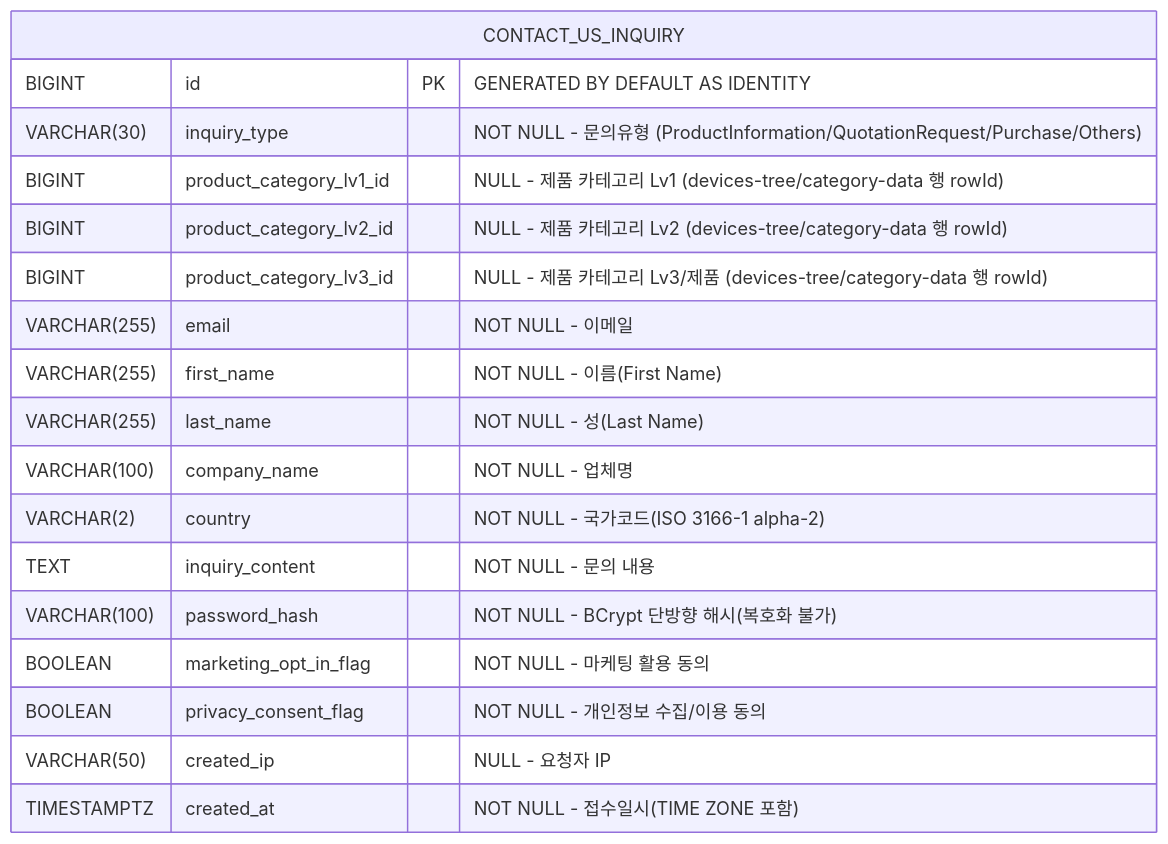
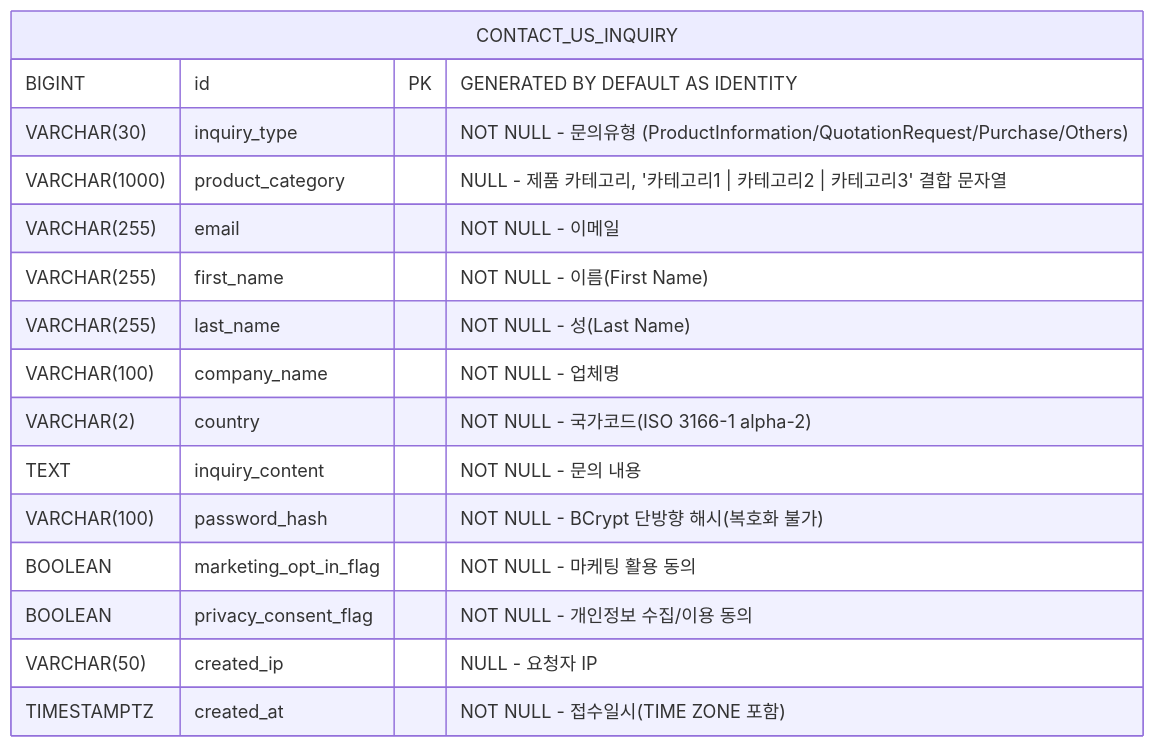
The diagram in docs/db/contact-us/db_contact-us.md (kfgabiz-lab/ge), drawn with Mermaid before and after one commit. The commit also changed other lines of this file and 3 other files, not shown here.

````diff
--- a/docs/db/contact-us/db_contact-us.md
+++ b/docs/db/contact-us/db_contact-us.md
@@ -11,21 +11,19 @@
 ```mermaid
 erDiagram
     CONTACT_US_INQUIRY {
         BIGINT id PK "GENERATED BY DEFAULT AS IDENTITY"
         VARCHAR(30) inquiry_type "NOT NULL - 문의유형 (ProductInformation/QuotationRequest/Purchase/Others)"
-        BIGINT product_category_lv1_id "NULL - 제품 카테고리 Lv1 (devices-tree/category-data 행 rowId)"
-        BIGINT product_category_lv2_id "NULL - 제품 카테고리 Lv2 (devices-tree/category-data 행 rowId)"
-        BIGINT product_category_lv3_id "NULL - 제품 카테고리 Lv3/제품 (devices-tree/category-data 행 rowId)"
+        VARCHAR(1000) product_category "NULL - 제품 카테고리, '카테고리1 | 카테고리2 | 카테고리3' 결합 문자열"
         VARCHAR(255) email "NOT NULL - 이메일"
         VARCHAR(255) first_name "NOT NULL - 이름(First Name)"
         VARCHAR(255) last_name "NOT NULL - 성(Last Name)"
         VARCHAR(100) company_name "NOT NULL - 업체명"
         VARCHAR(2) country "NOT NULL - 국가코드(ISO 3166-1 alpha-2)"
         TEXT inquiry_content "NOT NULL - 문의 내용"
         VARCHAR(100) password_hash "NOT NULL - BCrypt 단방향 해시(복호화 불가)"
         BOOLEAN marketing_opt_in_flag "NOT NULL - 마케팅 활용 동의"
         BOOLEAN privacy_consent_flag "NOT NULL - 개인정보 수집/이용 동의"
         VARCHAR(50) created_ip "NULL - 요청자 IP"
         TIMESTAMPTZ created_at "NOT NULL - 접수일시(TIME ZONE 포함)"
     }
 ```
````
